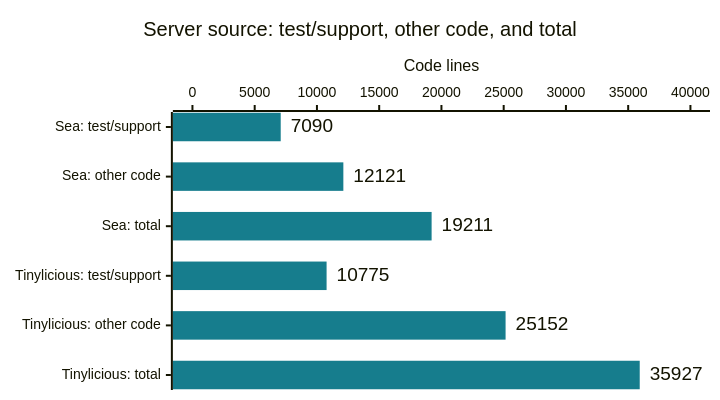
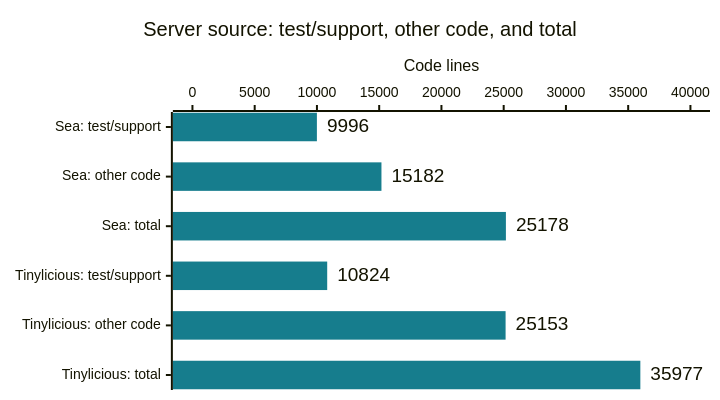
Before and after one commit to microsoft/FluidFramework: the third of 6 diagrams in rust-service/historical/PROJECT_OVERVIEW.md, drawn with Mermaid. The commit also changed other lines of this file and 4 other files, not shown here.

````diff
--- a/rust-service/historical/PROJECT_OVERVIEW.md
+++ b/rust-service/historical/PROJECT_OVERVIEW.md
@@ -160,17 +145,17 @@
 ```mermaid
 ---
 config:
   xyChart:
     height: 380
     showDataLabel: true
     showDataLabelOutsideBar: true
   themeVariables:
     xyChart:
       plotColorPalette: "#167d8d"
 ---
 xychart-beta horizontal
   title "Server source: test/support, other code, and total"
   x-axis ["Sea: test/support", "Sea: other code", "Sea: total", "Tinylicious: test/support", "Tinylicious: other code", "Tinylicious: total"]
   y-axis "Code lines" 0 --> 40000
-  bar [7090, 12121, 19211, 10775, 25152, 35927]
+  bar [9996, 15182, 25178, 10824, 25153, 35977]
 ```
````
